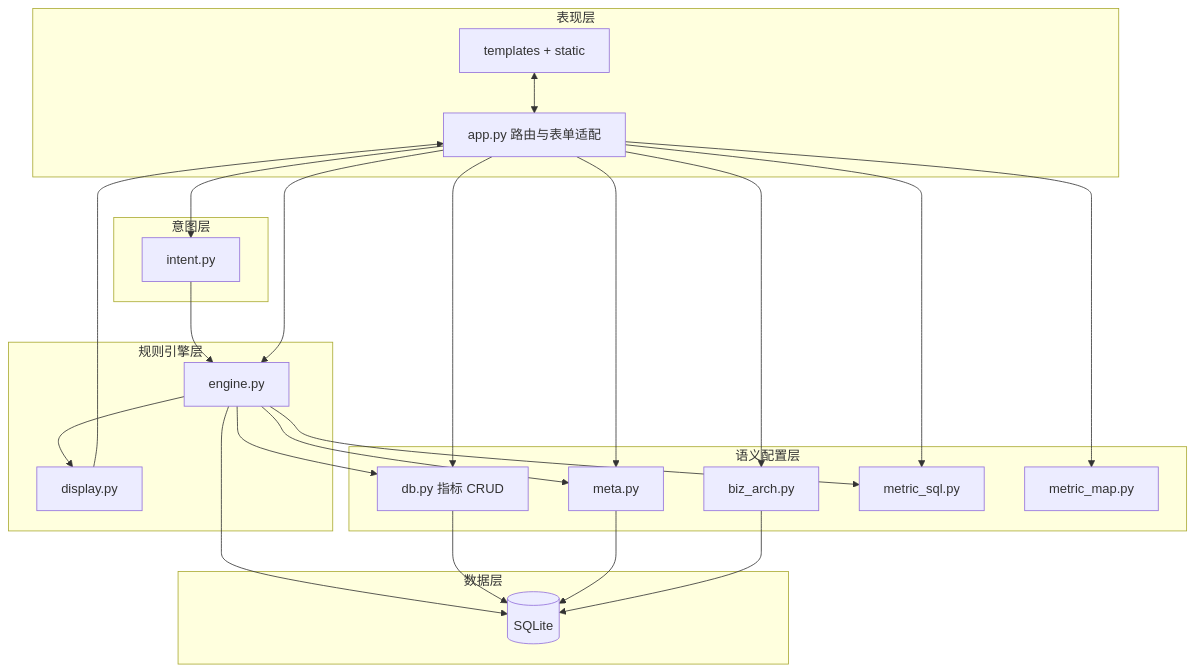
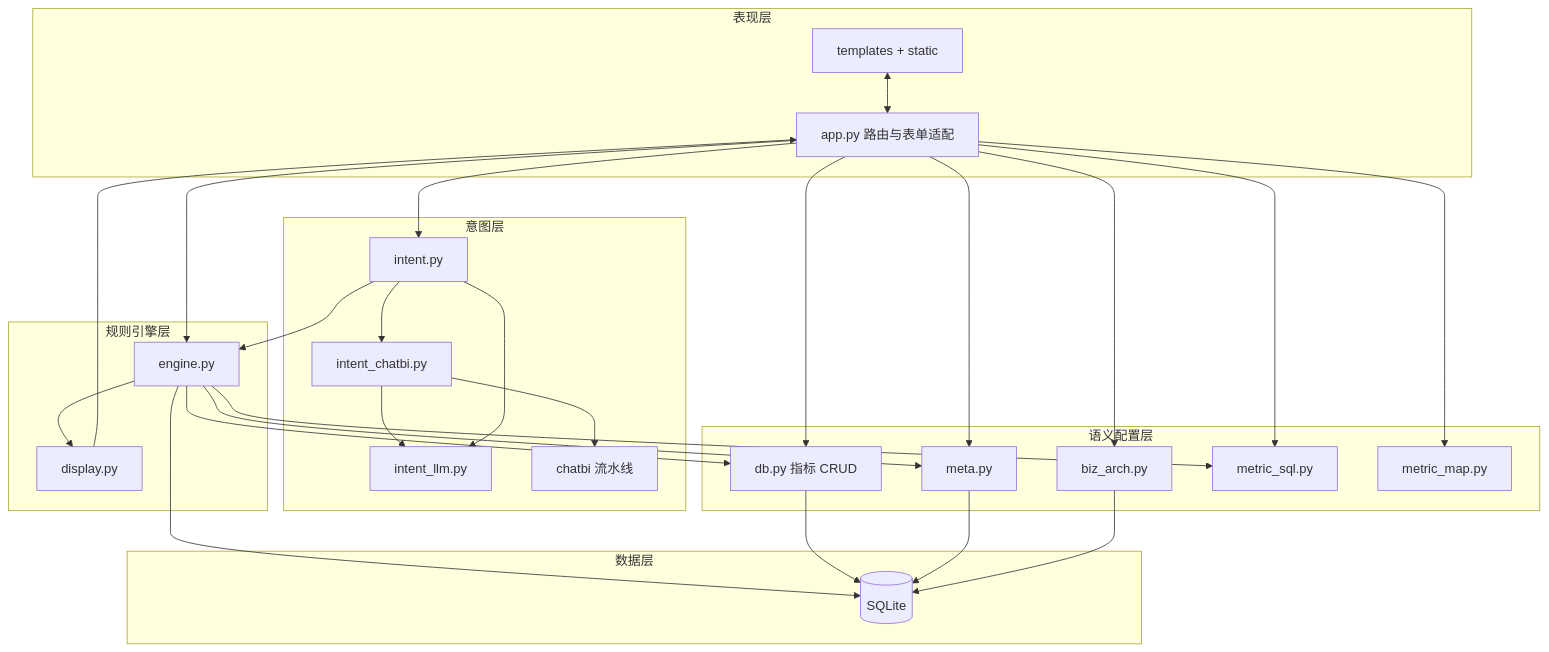
Before and after one commit to huanglin983/askdata: the third of 16 diagrams in doc/05_详细设计_Flask与实现.md, drawn with Mermaid. The commit also changed other lines of this file and 6 other files, not shown here.

````diff
--- a/doc/05_详细设计_Flask与实现.md
+++ b/doc/05_详细设计_Flask与实现.md
@@ -163,35 +170,42 @@
 ```mermaid
 flowchart TB
   subgraph presentation [表现层]
     T[templates + static]
     A[app.py 路由与表单适配]
   end
   subgraph intentL [意图层]
     I[intent.py]
+    IC[intent_chatbi.py]
+    IL[intent_llm.py]
+    CB[chatbi 流水线]
   end
   subgraph semantic [语义配置层]
     BA[biz_arch.py]
     M[meta.py]
     D[db.py 指标 CRUD]
     MS[metric_sql.py]
     MM[metric_map.py]
   end
   subgraph engineL [规则引擎层]
     E[engine.py]
     DISP[display.py]
   end
   subgraph dataL [数据层]
     SQLITE[(SQLite)]
   end
 
   T <--> A
   A --> BA & M & D & MS & MM
   A --> I
+  I --> IC
+  IC --> CB
+  IC --> IL
+  I --> IL
   I --> E
   A --> E
   E --> D & M & MS
   E --> SQLITE
   D & M & BA --> SQLITE
   E --> DISP
   DISP --> A
 ```
````
